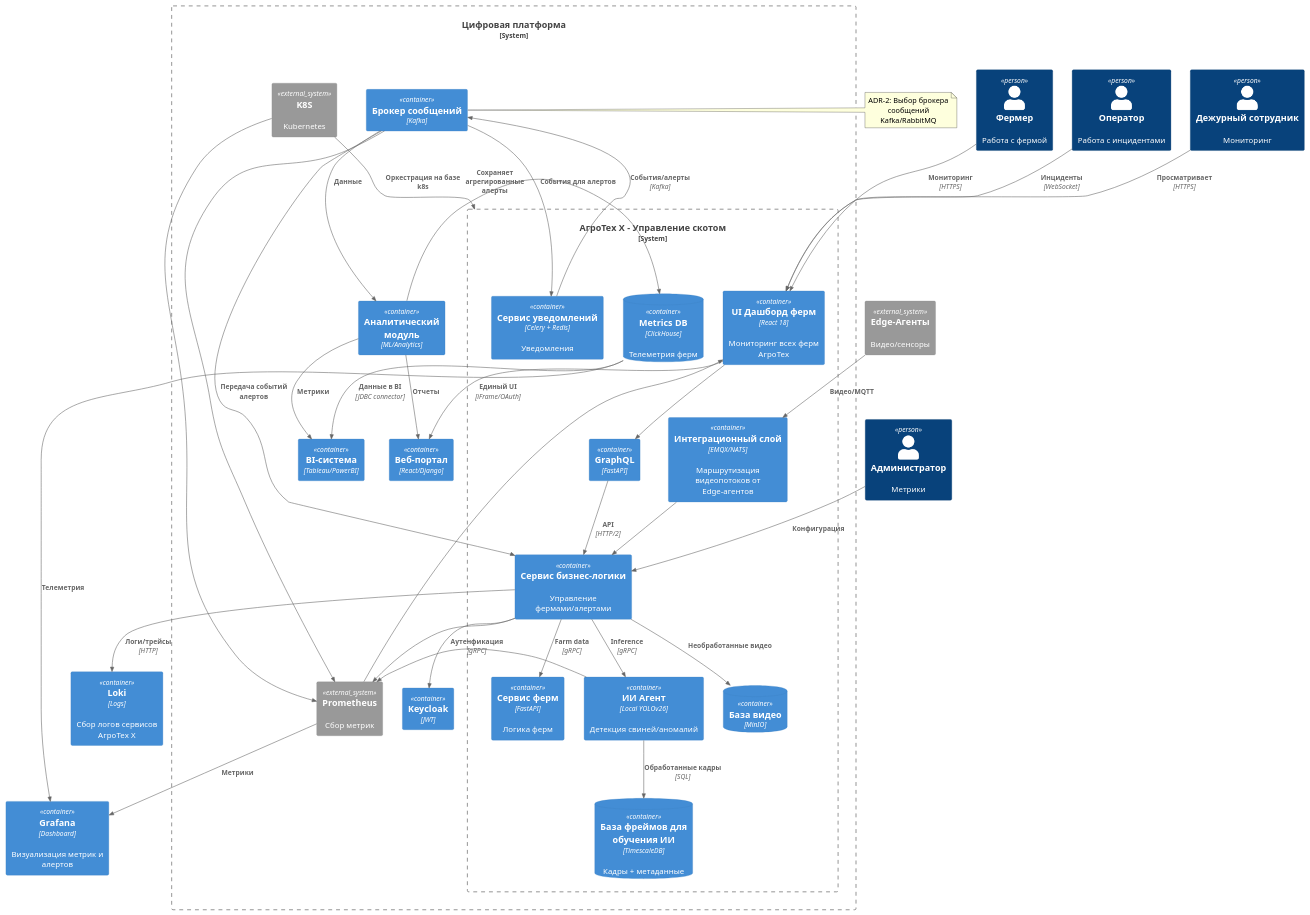
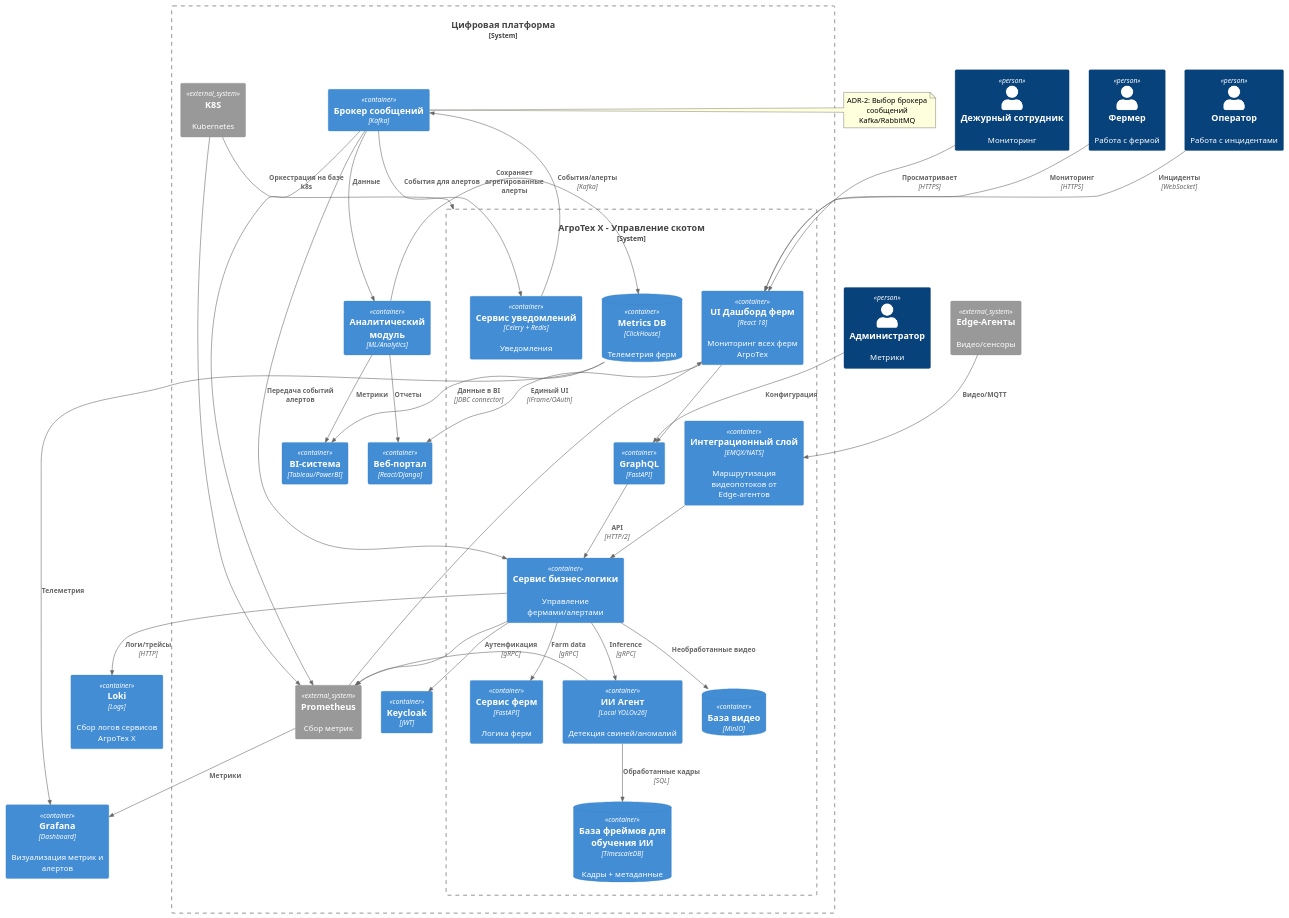
Before and after one commit to rof1ll/MSA-AgroTech: the diagram in Task2/task2_1.puml, drawn with PlantUML. The commit also changed 2 other files, not shown here.

```diff
--- a/Task2/task2_1.puml
+++ b/Task2/task2_1.puml
@@ -1,72 +1,72 @@
 @startuml Архитектура_УправлениеСкотом_C4L2_v8
 
 !include https://raw.githubusercontent.com/plantuml-stdlib/C4-PlantUML/master/C4_Container.puml
 
 Person(фермер, "Фермер", "Работа с фермой")
 Person(оператор, "Оператор", "Работа с инцидентами")
 Person(дежурный, "Дежурный сотрудник", "Мониторинг")
 Person(администратор, "Администратор", "Метрики")
 
 System_Boundary(цифр, "Цифровая платформа") {
     System_Boundary(агро, "АгроТех Х - Управление скотом") {
         Container(дашборд, "UI Дашборд ферм", "React 18", "Мониторинг всех ферм АгроТех")
         Container(api, "Сервис бизнес-логики", "", "Управление фермами/алертами")
         Container(фермы, "Сервис ферм", "FastAPI", "Логика ферм")
         Container(service_ai, "Интеграционный слой", "EMQX/NATS", "Маршрутизация видеопотоков от Edge‑агентов")
         Container(yolo, "ИИ Агент", "Local YOLOv26", "Детекция свиней/аномалий")
         ContainerDb(videoDB, "База фреймов для обучения ИИ", "TimescaleDB", "Кадры + метаданные")
         ContainerDb(S3, "База видео", "MinIO")
         ContainerDb(metricsDB, "Metrics DB", "ClickHouse", "Телеметрия ферм")
         Container(алерты, "Сервис уведомлений", "Celery + Redis", "Уведомления")
         Container(graph, "GraphQL", "FastAPI")
     }
     Container(keycloak, "Keycloak", "JWT")
     Container(брокер, "Брокер сообщений", "Kafka")
     Container(аналитика, "Аналитический модуль", "ML/Analytics") 
     Container(веб, "Веб-портал", "React/Django")
     Container(BI, "BI-система", "Tableau/PowerBI")
     System_Ext(k8s, "K8S", "Kubernetes")
     System_Ext(prometheus, "Prometheus", "Сбор метрик")
 }
 Container(grafana, "Grafana", "Dashboard", "Визуализация метрик и алертов")
 Container(loki, "Loki", "Logs", "Сбор логов сервисов АгроТех Х")
 System_Ext(edge, "Edge-Агенты", "Видео/сенсоры")
 
 Rel(prometheus, grafana, "Метрики")
 Rel(metricsDB, grafana, "Телеметрия")
 Rel(api, loki, "Логи/трейсы", "HTTP")
 Rel(k8s, агро, "Оркестрация на базе k8s")
 Rel(брокер, prometheus, "")
 Rel(k8s, prometheus, "")
 Rel(api, prometheus, "")
 Rel(yolo, prometheus, "")
 Rel(prometheus, дашборд, "")
 Rel(api, keycloak, "Аутенфикация", "gRPC")
 Rel(фермер, дашборд, "Мониторинг", "HTTPS")
 Rel(оператор, дашборд, "Инциденты", "WebSocket")
 Rel(дежурный, дашборд, "Просматривает", "HTTPS")
 Rel(дашборд, graph, "")
 Rel(graph, api, "API", "HTTP/2")
 Rel(api, фермы, "Farm data", "gRPC")
 Rel(api, yolo, "Inference", "gRPC")
 Rel(yolo, videoDB, "Обработанные кадры", "SQL")
 Rel(api, S3, "Необработанные видео")
 Rel(edge, service_ai, "Видео/MQTT")
 Rel(service_ai, api, "")
 Rel(алерты, брокер, "События/алерты", "Kafka")
 Rel(дашборд, веб, "Единый UI", "iFrame/OAuth")
 Rel(metricsDB, BI, "Данные в BI", "JDBC connector")
 Rel(аналитика, metricsDB, "Сохраняет агрегированные алерты")
 Rel(брокер, аналитика, "Данные")
 Rel(аналитика, веб, "Отчеты")
 Rel(аналитика, BI, "Метрики")
-Rel(администратор, api, "Конфигурация")
+Rel(администратор, graph, "Конфигурация")
 Rel(брокер, алерты, "События для алертов")
 Rel(брокер, api, "Передача событий алертов")
 
 note right of брокер
 ADR-2: Выбор брокера сообщений
 Kafka/RabbitMQ
 end note
 
 @enduml
```
